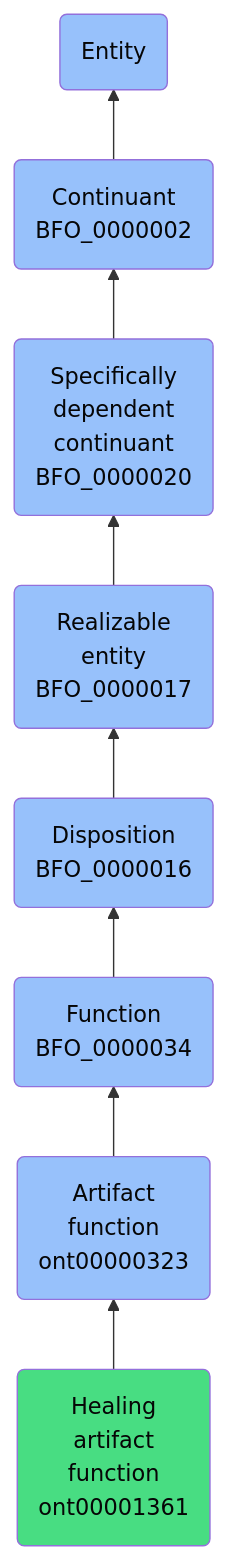
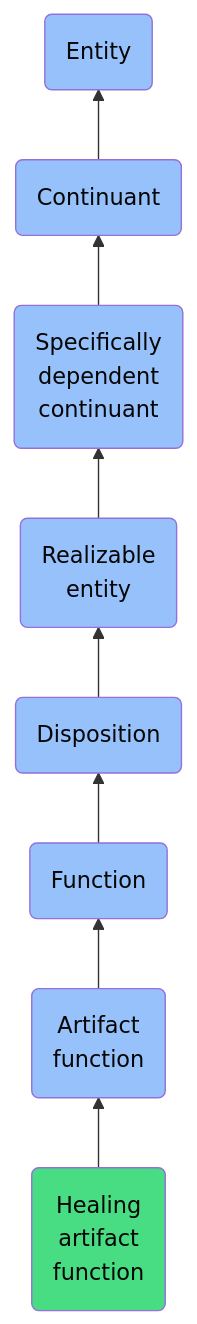
The diagram in docs/ontology/reference/model/Entity/Continuant/Specifically dependent continuant/Realizable entity/Disposition/Function/Artifact function/Healing artifact function/Healing artifact function.md (jupyter-naas/abi), drawn with Mermaid before and after one commit. The commit also changed other lines of this file and 1430 other files, not shown here.

````diff
--- a/docs/ontology/reference/model/Entity/Continuant/Specifically dependent continuant/Realizable entity/Disposition/Function/Artifact function/Healing artifact function/Healing artifact function.md
+++ b/docs/ontology/reference/model/Entity/Continuant/Specifically dependent continuant/Realizable entity/Disposition/Function/Artifact function/Healing artifact function/Healing artifact function.md
@@ -24,15 +24,15 @@
 ```mermaid
 graph BT
-    ont00001361(Healing<br>artifact<br>function<br>ont00001361):::ABI-->ont00000323
-    ont00000323(Artifact<br>function<br>ont00000323):::BFO-->BFO_0000034
-    BFO_0000034(Function<br>BFO_0000034):::BFO-->BFO_0000016
-    BFO_0000016(Disposition<br>BFO_0000016):::BFO-->BFO_0000017
-    BFO_0000017(Realizable<br>entity<br>BFO_0000017):::BFO-->BFO_0000020
-    BFO_0000020(Specifically<br>dependent<br>continuant<br>BFO_0000020):::BFO-->BFO_0000002
-    BFO_0000002(Continuant<br>BFO_0000002):::BFO-->BFO_0000001
+    ont00001361(Healing<br>artifact<br>function):::ABI-->ont00000323
+    ont00000323(Artifact<br>function):::BFO-->BFO_0000034
+    BFO_0000034(Function):::BFO-->BFO_0000016
+    BFO_0000016(Disposition):::BFO-->BFO_0000017
+    BFO_0000017(Realizable<br>entity):::BFO-->BFO_0000020
+    BFO_0000020(Specifically<br>dependent<br>continuant):::BFO-->BFO_0000002
+    BFO_0000002(Continuant):::BFO-->BFO_0000001
     BFO_0000001(Entity):::BFO
     
     classDef BFO fill:#97c1fb,color:#060606
     classDef CCO fill:#e4c51e,color:#060606
     classDef ABI fill:#48DD82,color:#060606
 ```
````
